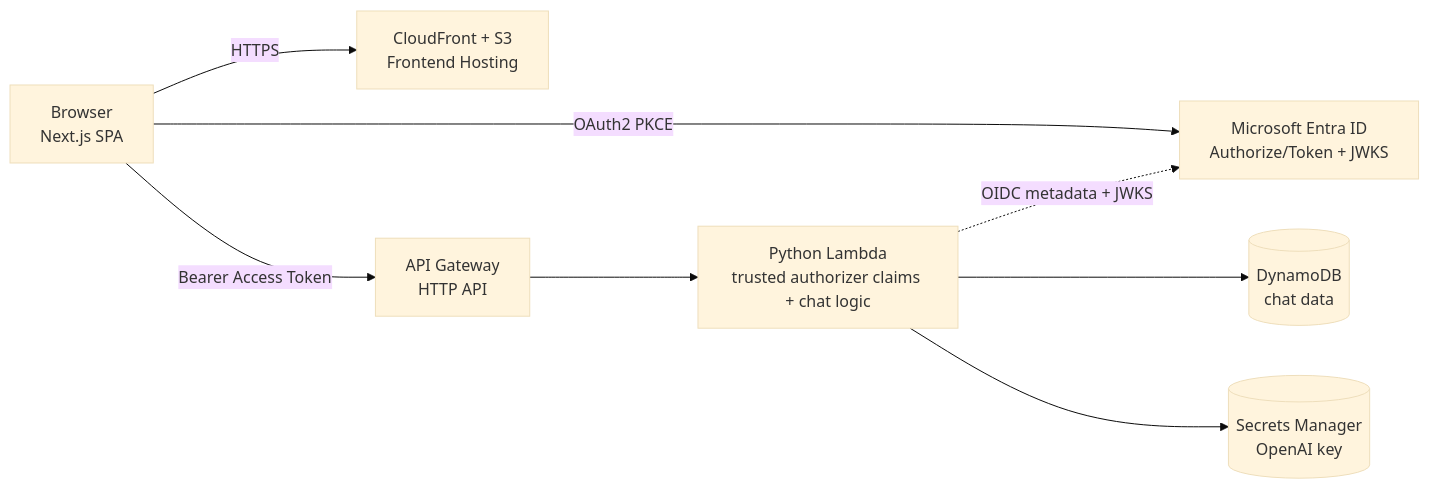
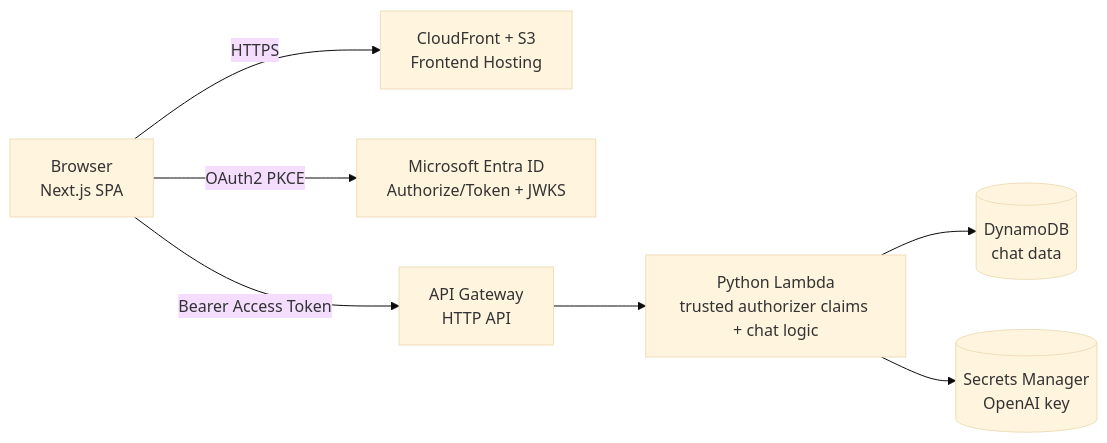
Before and after one commit to ray-chunkit-chung/azure-ad-auth-single-tenant: the first of 3 diagrams in README.md, drawn with Mermaid (base theme). The commit also changed other lines of this file, not shown here.

````diff
--- a/README.md
+++ b/README.md
@@ -103,11 +103,10 @@
 ```mermaid
 flowchart LR
   B[Browser\nNext.js SPA] -->|HTTPS| CF[CloudFront + S3\nFrontend Hosting]
   B -->|OAuth2 PKCE| AAD[Microsoft Entra ID\nAuthorize/Token + JWKS]
   B -->|Bearer Access Token| APIGW[API Gateway\nHTTP API]
 
      APIGW --> L[Python Lambda\ntrusted authorizer claims + chat logic]
   L --> DDB[(DynamoDB\nchat data)]
-  L --> SM[(Secrets Manager\nOpenAI key)]
-  L -.->|OIDC metadata + JWKS| AAD
+     L --> SM[(Secrets Manager\nOpenAI key)]
 ```
````
